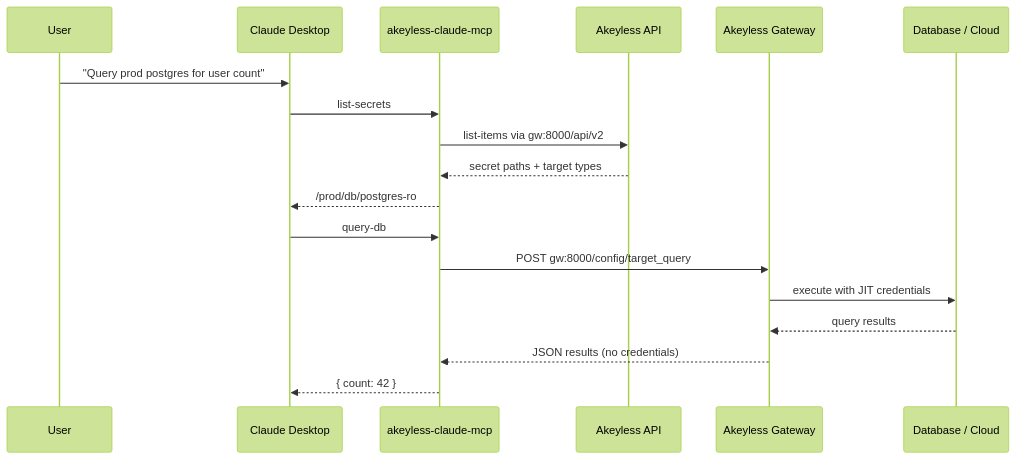
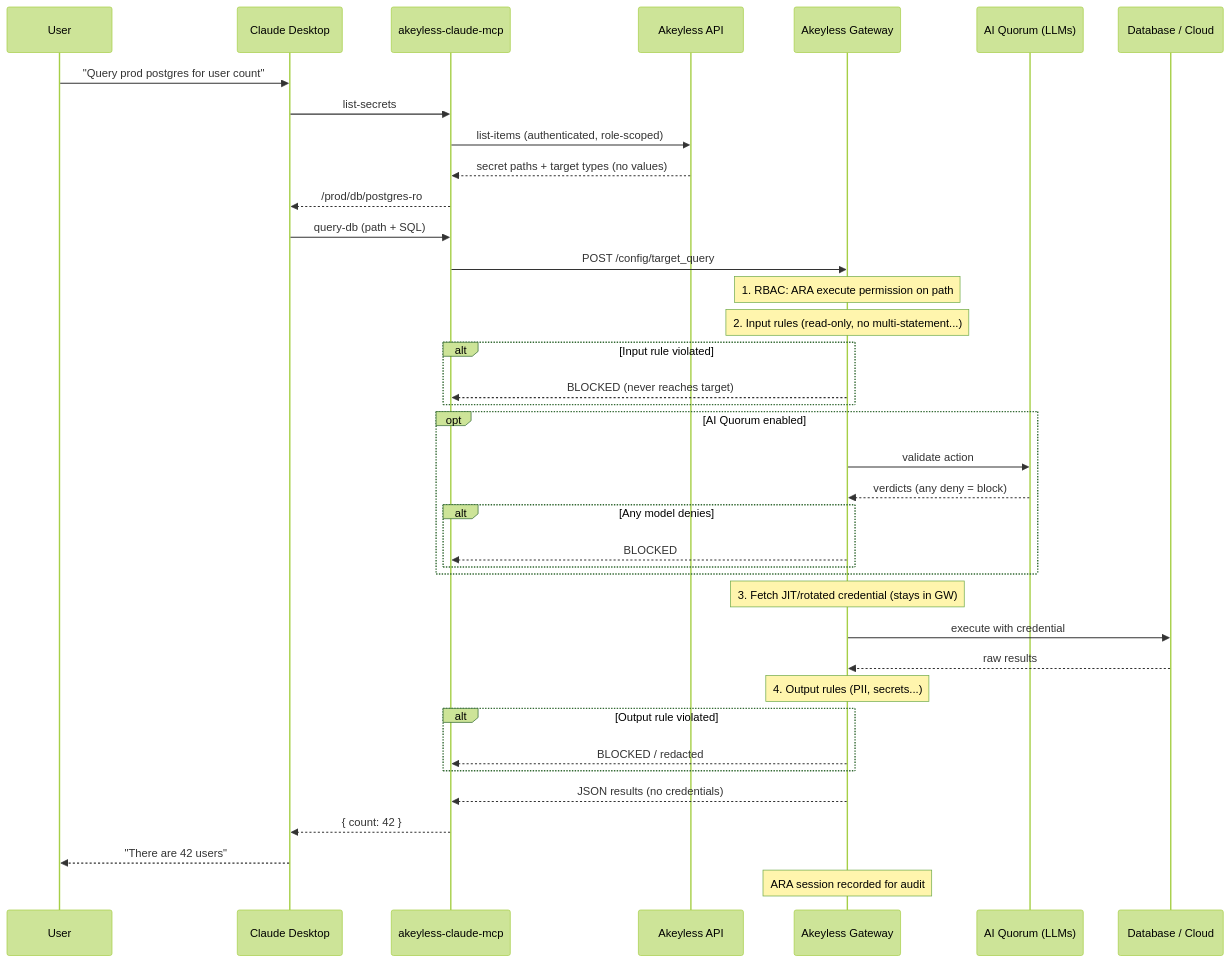
Before and after one commit to akeyless-community/claude-akeyless-connector: the diagram in README.md, drawn with Mermaid (forest theme).

Commit message:
Expand README sequence diagram with ARA enforcement steps
Show the gateway-side checks a query-db call goes through: RBAC on the
path, input rules, optional AI Quorum validation, JIT credential fetch,
output rules, and session recording for audit.

````diff
--- a/README.md
+++ b/README.md
@@ -94,21 +94,41 @@
 ```mermaid
 sequenceDiagram
-    participant User as User
-    participant Claude as Claude Desktop
-    participant MCP as akeyless-claude-mcp
-    participant API as Akeyless API
-    participant GW as Akeyless Gateway
-    participant Target as Database / Cloud
+    participant U as User
+    participant C as Claude Desktop
+    participant M as akeyless-claude-mcp
+    participant A as Akeyless API
+    participant G as Akeyless Gateway
+    participant L as AI Quorum (LLMs)
+    participant R as Database / Cloud
 
-    User->>Claude: "Query prod postgres for user count"
-    Claude->>MCP: list-secrets
-    MCP->>API: list-items via gw:8000/api/v2
-    API-->>MCP: secret paths + target types
-    MCP-->>Claude: /prod/db/postgres-ro
-    Claude->>MCP: query-db
-    MCP->>GW: POST gw:8000/config/target_query
-    GW->>Target: execute with JIT credentials
-    Target-->>GW: query results
-    GW-->>MCP: JSON results (no credentials)
-    MCP-->>Claude: { count: 42 }
+    U->>C: "Query prod postgres for user count"
+    C->>M: list-secrets
+    M->>A: list-items (authenticated, role-scoped)
+    A-->>M: secret paths + target types (no values)
+    M-->>C: /prod/db/postgres-ro
+    C->>M: query-db (path + SQL)
+    M->>G: POST /config/target_query
+    Note over G: 1. RBAC: ARA execute permission on path
+    Note over G: 2. Input rules (read-only, no multi-statement...)
+    alt Input rule violated
+        G-->>M: BLOCKED (never reaches target)
+    end
+    opt AI Quorum enabled
+        G->>L: validate action
+        L-->>G: verdicts (any deny = block)
+        alt Any model denies
+            G-->>M: BLOCKED
+        end
+    end
+    Note over G: 3. Fetch JIT/rotated credential (stays in GW)
+    G->>R: execute with credential
+    R-->>G: raw results
+    Note over G: 4. Output rules (PII, secrets...)
+    alt Output rule violated
+        G-->>M: BLOCKED / redacted
+    end
+    G-->>M: JSON results (no credentials)
+    M-->>C: { count: 42 }
+    C-->>U: "There are 42 users"
+    Note over G: ARA session recorded for audit
 ```
````
